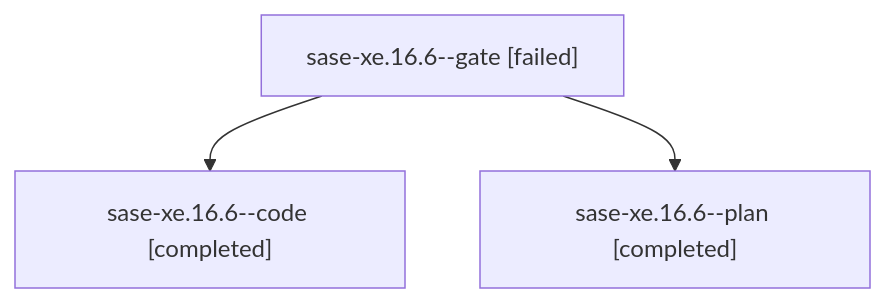
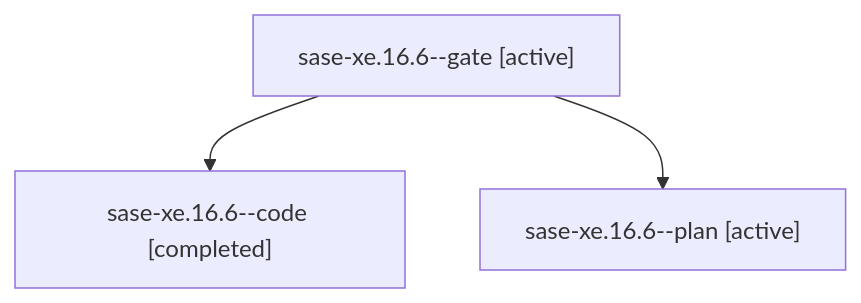
The diagram in families/bbugyi200.athena.sase-xe.16.6.md (sase-org/sase--agents), drawn with Mermaid before and after one commit. The commit also changed other lines of this file and 35830 other files, not shown here.

````diff
--- a/families/bbugyi200.athena.sase-xe.16.6.md
+++ b/families/bbugyi200.athena.sase-xe.16.6.md
@@ -9,8 +9,8 @@
 ```mermaid
 flowchart TD
-  n0["sase-xe.16.6--gate [failed]"]
+  n0["sase-xe.16.6--gate [active]"]
   n1["sase-xe.16.6--code [completed]"]
   n0 --> n1
-  n2["sase-xe.16.6--plan [completed]"]
+  n2["sase-xe.16.6--plan [active]"]
   n0 --> n2
 ```
````
